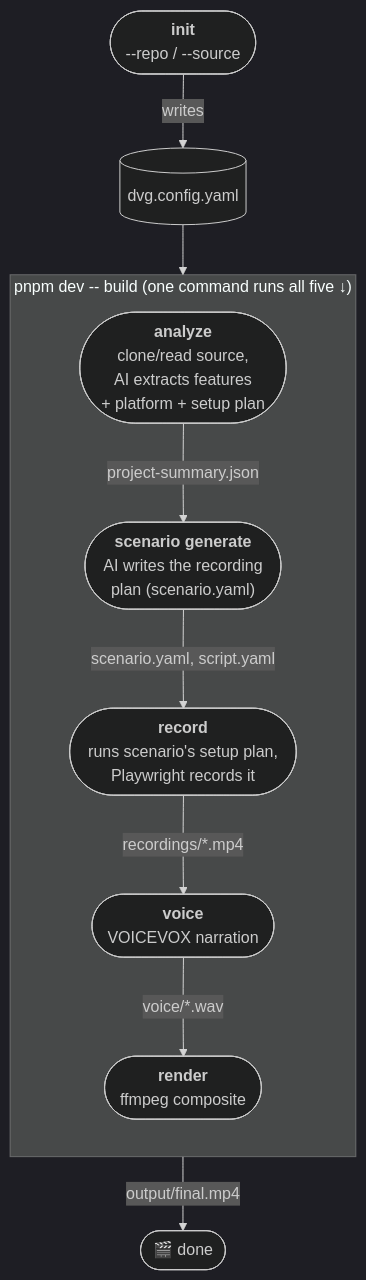
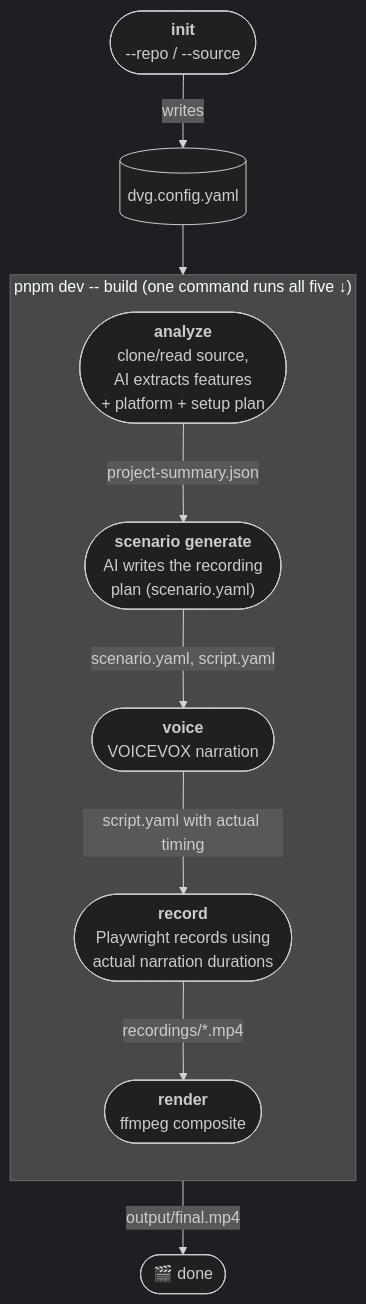
The diagram in README.md (TakuKobayashi/auto-product-video-generator), drawn with Mermaid (dark theme) before and after one commit. The commit also changed other lines of this file and 18 other files, not shown here.

````diff
--- a/README.md
+++ b/README.md
@@ -46,20 +52,20 @@
 ```mermaid
 flowchart TD
     init(["<b>init</b><br/>--repo / --source"]) -->|writes| cfg[(dvg.config.yaml)]
 
     subgraph build["pnpm dev -- build  (one command runs all five ↓)"]
         direction TB
         analyze(["<b>analyze</b><br/>clone/read source,<br/>AI extracts features<br/>+ platform + setup plan"])
         scenario(["<b>scenario generate</b><br/>AI writes the recording<br/>plan (scenario.yaml)"])
-        record(["<b>record</b><br/>runs scenario's setup plan,<br/>Playwright records it"])
         voice(["<b>voice</b><br/>VOICEVOX narration"])
+        record(["<b>record</b><br/>Playwright records using<br/>actual narration durations"])
         render(["<b>render</b><br/>ffmpeg composite"])
         analyze -->|project-summary.json| scenario
-        scenario -->|scenario.yaml, script.yaml| record
-        record -->|recordings/*.mp4| voice
-        voice -->|voice/*.wav| render
+        scenario -->|scenario.yaml, script.yaml| voice
+        voice -->|script.yaml with actual timing| record
+        record -->|recordings/*.mp4| render
     end
 
     cfg --> analyze
     render -->|output/final.mp4| done(["🎬 done"])
 ```
````
